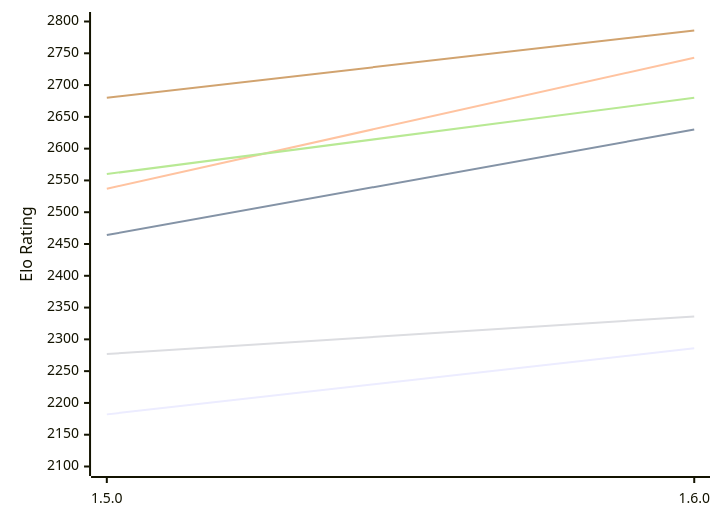
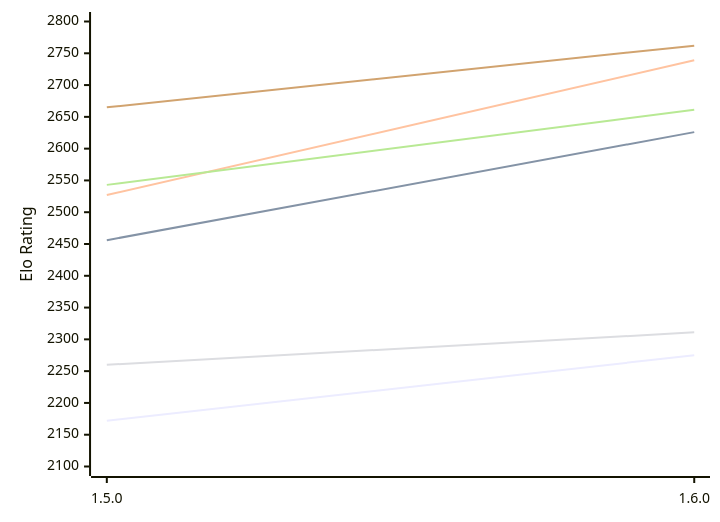
One commit to computer-chess-index/cci changed the first of 2 diagrams in engines/Tofiks.md. Above: the diagram before and after it, drawn with Mermaid. The commit also changed other lines of this file, not shown here.

Commit message:
Update CCI Ratings (ELO VLTC) - 2026-11-02

````diff
--- a/engines/Tofiks.md
+++ b/engines/Tofiks.md
@@ -51,12 +51,12 @@
 ```mermaid
 %%{init: {"theme":"base","themeVariables":{"seriesColors:['#a3a3a3','#222221','#faa371']}}}%%
 xychart-beta
   x-axis ["1.5.0", "1.6.0"]
   y-axis "Elo Rating" 2100 --> 2800
-  line "E1: STC (8.0+0.08s)" [2182, 2286]
-  line "E1: LTC (60.0+0.60s)" [2464, 2630]
-  line "E1: VLTC (2m24s+1.12s)" [2537, 2743]
-  line "P1: STC (8.0+0.08s)" [2277, 2336]
-  line "P1: LTC (60.0+0.60s)" [2560, 2680]
-  line "P1: VLTC (2m24s+1.12s)" [2680, 2786]
+  line "E1: STC (8.0+0.08s)" [2172, 2275]
+  line "E1: LTC (60.0+0.60s)" [2456, 2626]
+  line "E1: VLTC (2m24s+1.12s)" [2527, 2739]
+  line "P1: STC (8.0+0.08s)" [2260, 2311]
+  line "P1: LTC (60.0+0.60s)" [2543, 2661]
+  line "P1: VLTC (2m24s+1.12s)" [2665, 2762]
 ```
````
